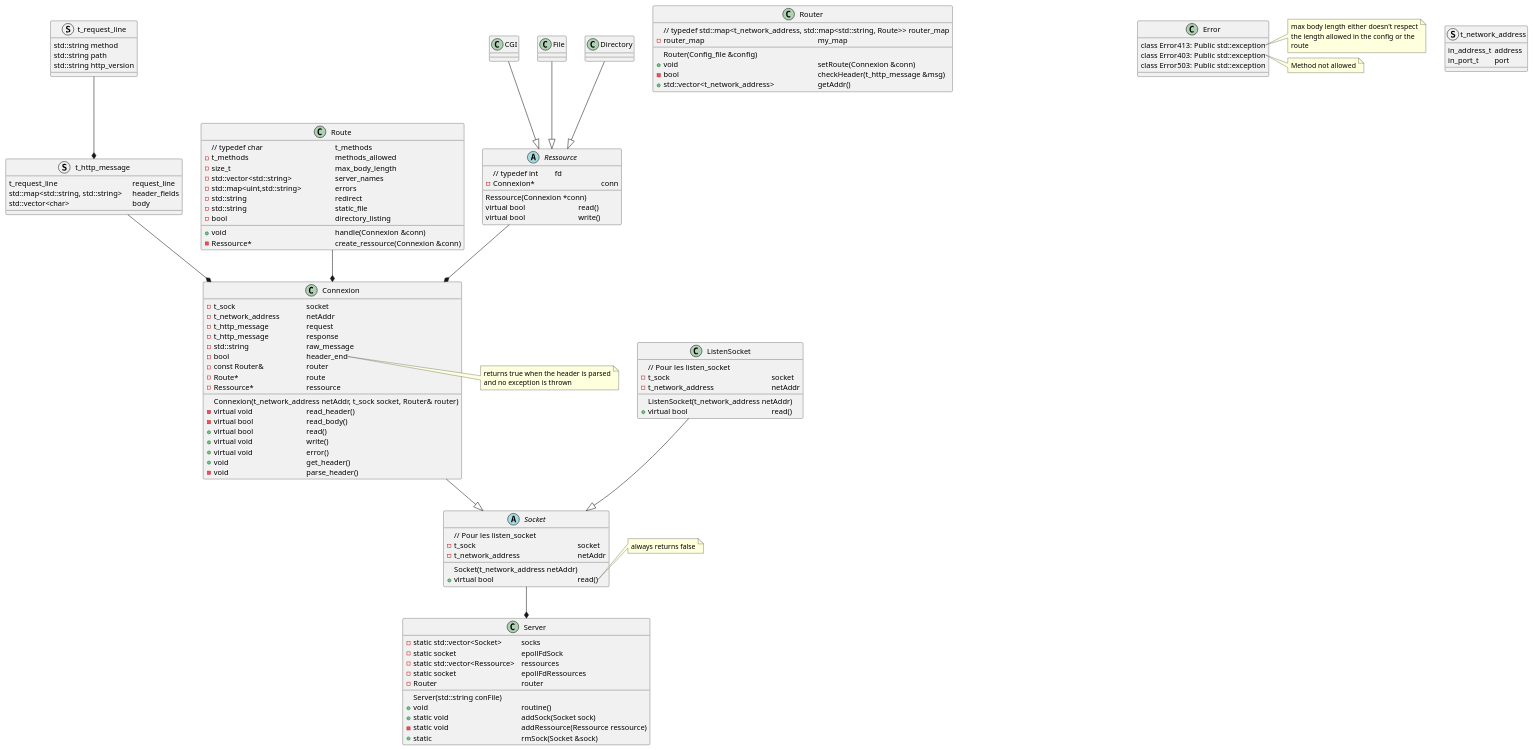
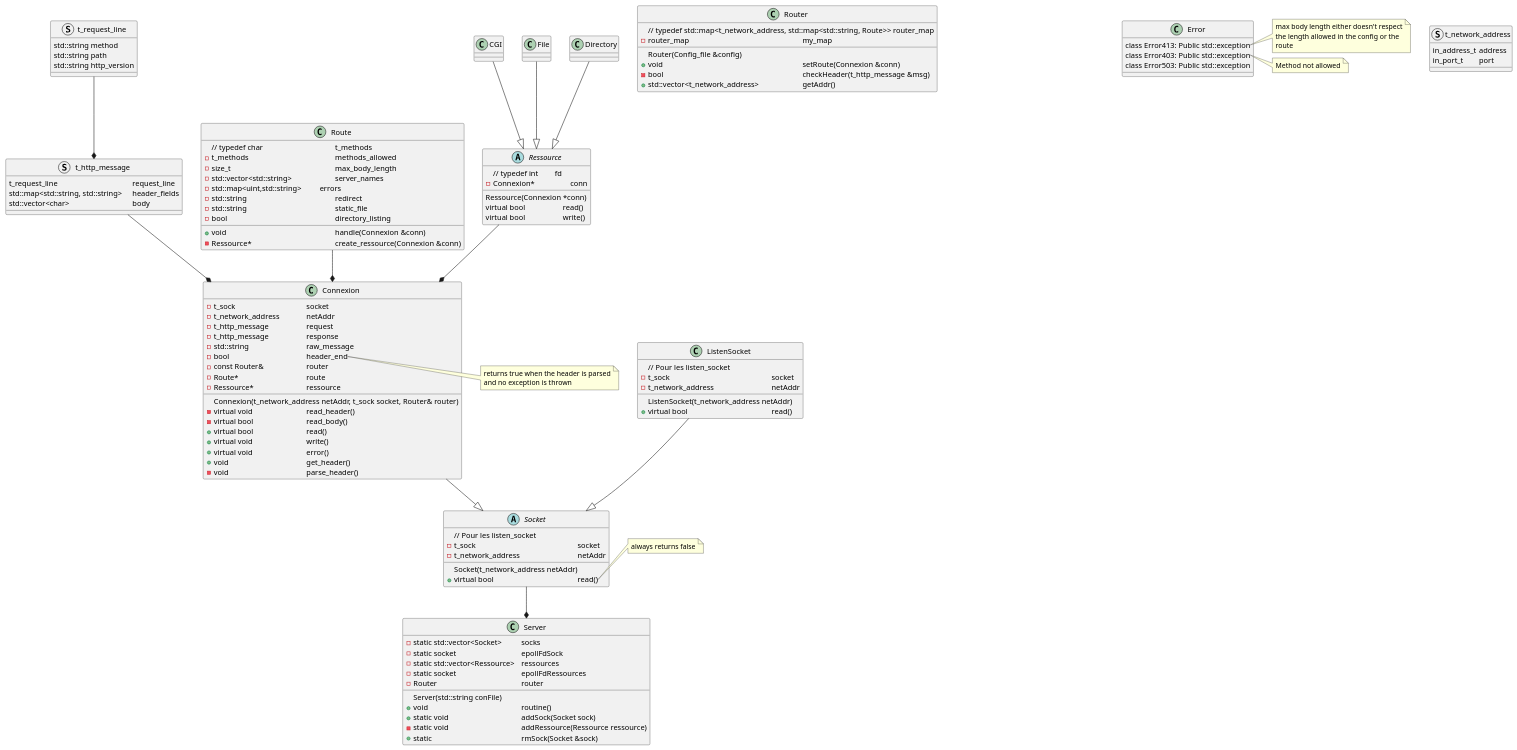
Before and after one commit to ouafabulous/webserv_42: the diagram in uml_scheme.plantuml, drawn with PlantUML. The commit also changed 1 other file, not shown here.

```diff
--- a/uml_scheme.plantuml
+++ b/uml_scheme.plantuml
@@ -1,150 +1,150 @@
 @startuml
 'note "typedef int t_sock" as N1
 
 struct t_request_line {
 std::string method
 std::string path
 std::string http_version
 }
 
 struct t_http_message {
 t_request_line \t\t\t\t\trequest_line
 std::map<std::string, std::string> \theader_fields
 std::vector<char> \t\t\t\tbody
 }
 
 struct t_network_address {
 in_address_t	address
 in_port_t		port
 }
 
 abstract class Socket {
 // Pour les listen_socket
 -t_sock \t\t\t\t\t\t\tsocket
 -t_network_address				netAddr
 Socket(t_network_address netAddr)
 +virtual bool \t\t\t\t\t\tread()
 }
 note right of Socket::read
 always returns false
 endnote
 
 class ListenSocket {
 // Pour les listen_socket
 -t_sock \t\t\t\t\t\t\tsocket
 -t_network_address				netAddr
 ListenSocket(t_network_address netAddr)
 +virtual bool \t\t\t\t\t\tread()
 }
 
 class Connexion {
 -t_sock \t\t\t\t\tsocket
 -t_network_address		netAddr
 -t_http_message\t\t\trequest
 -t_http_message\t\t\tresponse
 -std::string \t\t\t\traw_message
 -bool	\t\t\t\theader_end
 -const Router&	\t\trouter
 -Route*\t\t\t\t\troute
 ' -catch Error:Error413
 ' -catch Error:Error403
 -Ressource*\t\t\t\tressource
 Connexion(t_network_address netAddr, t_sock socket, Router& router)
 -virtual void \t\t\t\tread_header()
 -virtual bool \t\t\t\tread_body()
 +virtual bool \t\t\t\tread()
 +virtual void \t\t\t\twrite()
 +virtual void \t\t\t\terror()
 +void \t\t\t\t\tget_header()
 -void \t\t\t\t\tparse_header()
 }
 note right of Connexion::header_end
 returns true when the header is parsed
 and no exception is thrown
 endnote
 
 class Server {
 Server(std::string conFile)
 -static std::vector<Socket>\t\tsocks
 -static socket\t\t\t\t\tepollFdSock
 -static std::vector<Ressource> \tressources
 -static socket\t\t\t\t\tepollFdRessources
 -Router \t\t\t\t\t\trouter
 +void\t\t\t\t\t\t\troutine()
 +static void\t\t\t\t\taddSock(Socket sock)
 -static void\t\t\t\t\taddRessource(Ressource ressource)
 +static \t\t\t\t\t\trmSock(Socket &sock)
 }
 
 class Router{
 // typedef std::map<t_network_address, std::map<std::string, Route>> router_map
 Router(Config_file &config)
 -router_map 								my_map
 +void 									setRoute(Connexion &conn)
 -bool 									checkHeader(t_http_message &msg)
 +std::vector<t_network_address>			getAddr()
 
 }
 note right of Router::set_route
 Ne set route que si prerequisites are good
 endnote
 
 class Route{
  // typedef char \t\t\t\t\tt_methods
 -t_methods \t\\t\t\t\t\tmethods_allowed
 -size_t \t\t\t\t\t\t\tmax_body_length
 -std::vector<std::string>   \t\t\tserver_names
--std::map<uint,std::string> \t\t\terrors
+-std::map<uint,std::string> \t\terrors
 -std::string \t\t\t\t\t\tredirect
 -std::string \t\t\t\t\t\tstatic_file
 -bool \t\t\t\t\t\t\tdirectory_listing
 
 +void \t\t\t\t\t\t\thandle(Connexion &conn)
 -Ressource* \t\t\t\t\t\tcreate_ressource(Connexion &conn)
 }
 
 Abstract class Ressource{
 // typedef int		fd
 Ressource(Connexion *conn)
--Connexion*		\t\t\tconn
-virtual bool				read()
-virtual bool				write()
+-Connexion*		\tconn
+virtual bool			read()
+virtual bool			write()
 }
 
 class	CGI{
 	' catch Error::Error503
 }
 
 class 	File{
 
 }
 
 class	Directory{
 
 }
 
 class Error{
 class Error413: Public std::exception
 class Error403: Public std::exception
 class Error503: Public std::exception
 }
 note right of Error::Error413
 max body length either doesn't respect
 the length allowed in the config or the
 route
 endnote
 note right of Error::Error403
 Method not allowed
 endnote
 
 ListenSocket --|> Socket
 Ressource --* Connexion
 CGI--|> Ressource
 File--|> Ressource
 Directory--|> Ressource
 Connexion --|> Socket
 Socket --* Server
 Route --* Connexion
 t_request_line --* t_http_message
 t_http_message --* Connexion
 @enduml
```
